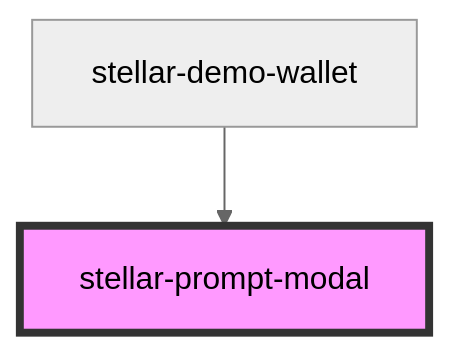
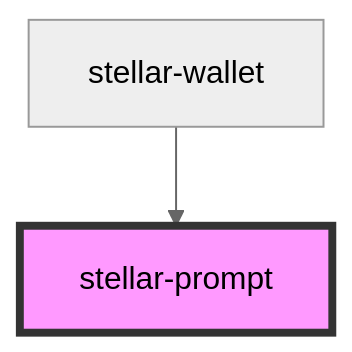
Before and after one commit to stellar/stellar-demo-wallet: the diagram in src/components/prompt/readme.md, drawn with Mermaid (neutral theme). The commit also changed other lines of this file and 11 other files, not shown here.

````diff
--- a/src/components/prompt/readme.md
+++ b/src/components/prompt/readme.md
@@ -22,5 +22,5 @@
 ```mermaid
 graph TD;
-  stellar-demo-wallet --> stellar-prompt-modal
-  style stellar-prompt-modal fill:#f9f,stroke:#333,stroke-width:4px
+  stellar-wallet --> stellar-prompt
+  style stellar-prompt fill:#f9f,stroke:#333,stroke-width:4px
 ```
````
